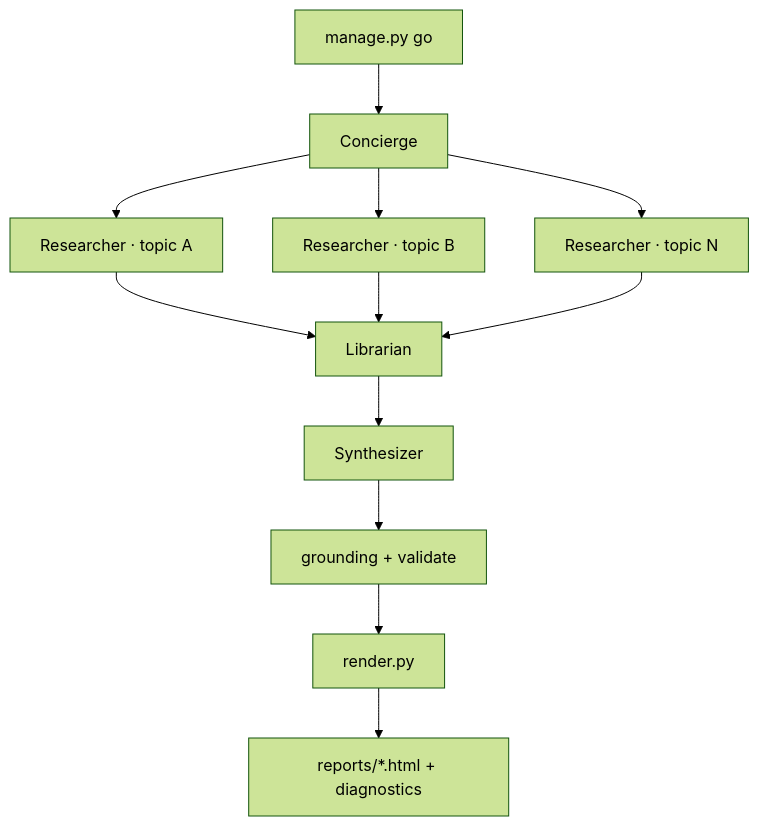
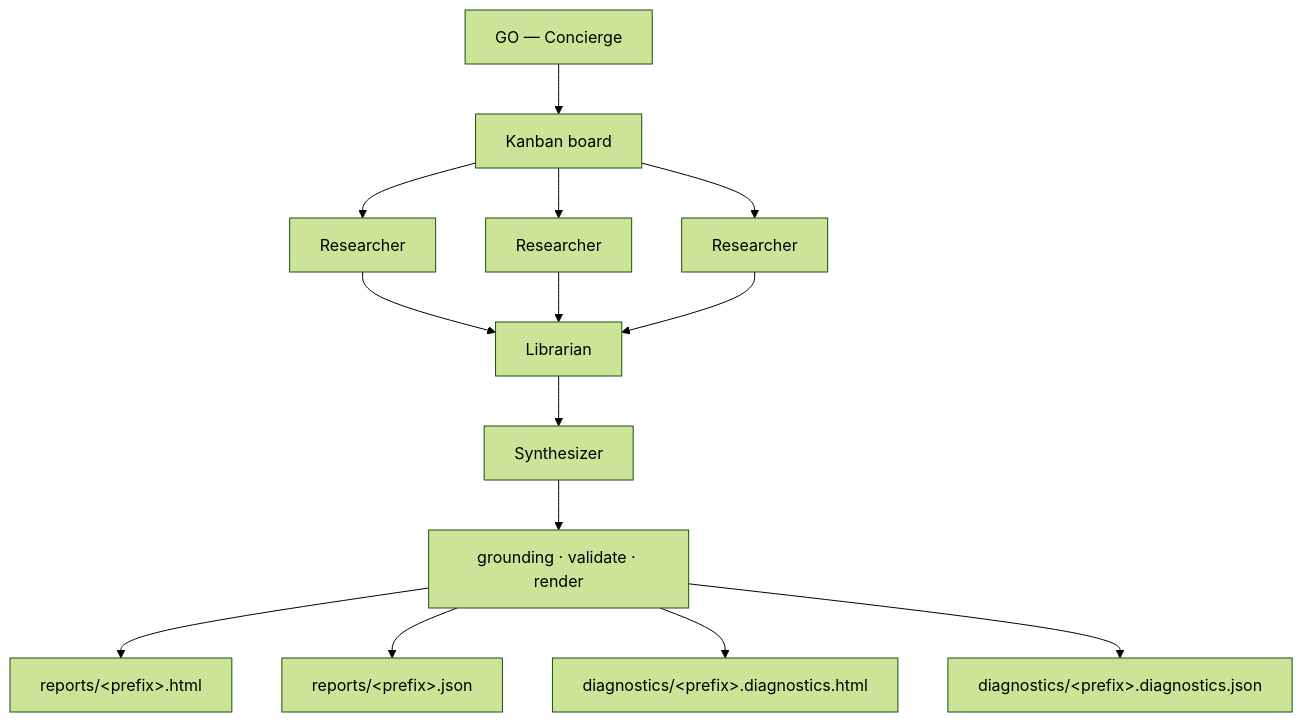
The diagram in README.md (mameen/AI_Digest), drawn with Mermaid (forest theme) before and after one commit. The commit also changed other lines of this file and 53 other files, not shown here.

````diff
--- a/README.md
+++ b/README.md
@@ -110,12 +129,14 @@
 ```mermaid
 flowchart TB
-    GO["manage.py go"] --> C[Concierge]
-    C --> R1["Researcher · topic A"]
-    C --> R2["Researcher · topic B"]
-    C --> RN["Researcher · topic N"]
-    R1 & R2 & RN --> L[Librarian]
-    L --> S[Synthesizer]
-    S --> G[grounding + validate]
-    G --> R[render.py]
-    R --> OUT["reports/*.html + diagnostics"]
+    GO["GO — Concierge"] --> C["Kanban board"]
+    C --> R1["Researcher"]
+    C --> R2["Researcher"]
+    C --> R3["Researcher"]
+    R1 & R2 & R3 --> L["Librarian"]
+    L --> S["Synthesizer"]
+    S --> P["grounding · validate · render"]
+    P --> HTML["reports/&lt;prefix&gt;.html"]
+    P --> JSON["reports/&lt;prefix&gt;.json"]
+    P --> DH["diagnostics/&lt;prefix&gt;.diagnostics.html"]
+    P --> DJ["diagnostics/&lt;prefix&gt;.diagnostics.json"]
 ```
````
